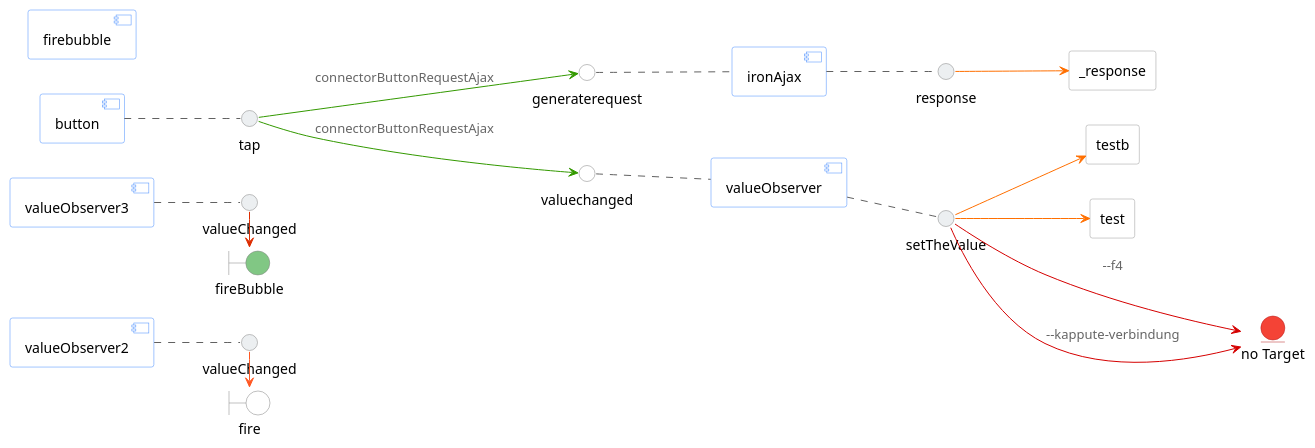
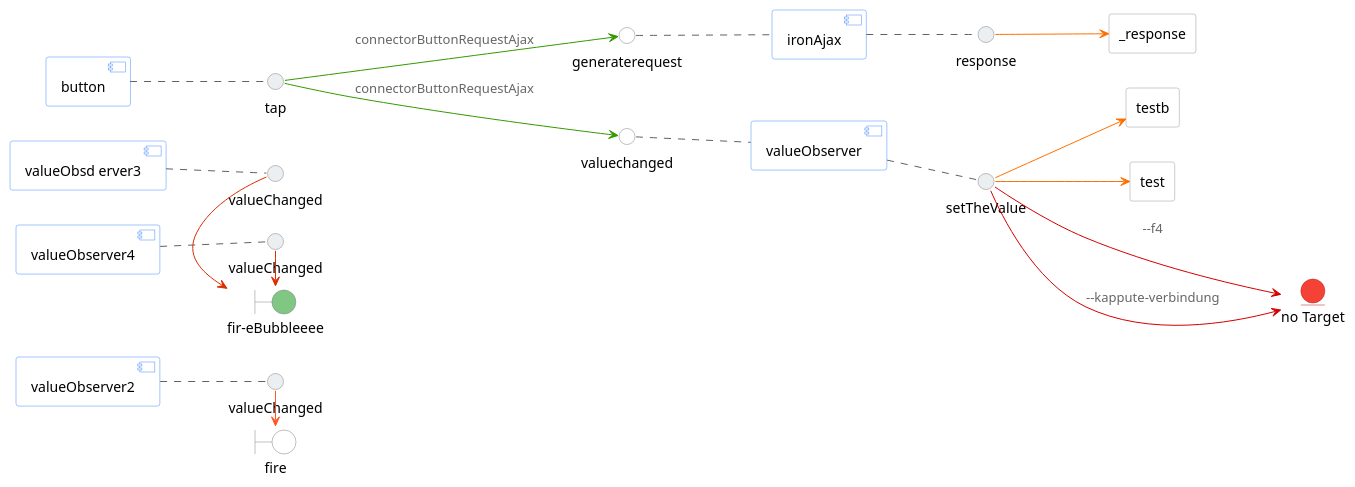
Before and after one commit to veith/flowbased-polymer: the diagram in ksd.puml, drawn with PlantUML. The commit also changed 2 other files, not shown here.

Commit message:
fire events and bubbling events with ^event and  ^^bubblingEvent

```diff
--- a/ksd.puml
+++ b/ksd.puml
@@ -1,64 +1,62 @@
 @startuml
 left to right direction
  skinparam interface {
 backgroundColor lightgrey
 borderColor grey
-shadow none
 }
 skinparam boundary {
 backgroundColor lightgrey
 borderColor grey
-shadow none
 }
 skinparam entity {
 backgroundColor #f44336
 borderColor #b71c1c
-shadow none
 }
-
 skinparam component {
 ArrowColor #339900
 ArrowFontColor #666666
 borderColor #448AFF
 }
 skinparam agent {
-ArrowFontColor #2323ff
+ArrowFontColor #666666
 borderColor #999999
 }
 agent _response as valueelement_response #white
 component ironAjax #white
 agent testb as valueelementtestb #white
 component valueObserver #white
 agent test as valueelementtest #white
 boundary fire as fireFire #white
 component valueObserver2 #white
-boundary fireBubble as firebubbleFirebubble #81C784
-component firebubble #white
-component valueObserver3 #white
+boundary "fir-eBubbleeee" as firebubbleFirebubbleeee #81C784
+component "valueObsd erver3" as valueObserver3 #white
+component valueObserver4 #white
 component button #white
 interface generaterequest as interfaceGeneraterequestironAjax  #white
 interfaceGeneraterequestironAjax .. ironAjax #616161
 interface valuechanged as interfaceValuechangedvalueObserver  #white
 interfaceValuechangedvalueObserver .. valueObserver #616161
 interface response as interfaceResponseironAjax #ECEFF1
 ironAjax .. interfaceResponseironAjax #616161
 interfaceResponseironAjax --> valueelement_response #FF6F00
 interface setTheValue as interfaceSetTheValuevalueObserver #ECEFF1
 valueObserver .. interfaceSetTheValuevalueObserver #616161
 interfaceSetTheValuevalueObserver --> valueelementtestb #FF6F00
 interfaceSetTheValuevalueObserver --> valueelementtest #FF6F00
 interface valueChanged as interfaceValueChangedvalueObserver2 #ECEFF1
 valueObserver2 .. interfaceValueChangedvalueObserver2 #616161
 interfaceValueChangedvalueObserver2 -> fireFire #FF5722
 interface valueChanged as interfaceValueChangedvalueObserver3 #ECEFF1
 valueObserver3 .. interfaceValueChangedvalueObserver3 #616161
-interfaceValueChangedvalueObserver3 -> firebubbleFirebubble #DD2C00
+interfaceValueChangedvalueObserver3 -> firebubbleFirebubbleeee #DD2C00
+interface valueChanged as interfaceValueChangedvalueObserver4 #ECEFF1
+valueObserver4 .. interfaceValueChangedvalueObserver4 #616161
+interfaceValueChangedvalueObserver4 -> firebubbleFirebubbleeee #DD2C00
 interface tap as interfaceTapbutton #ECEFF1
 button .. interfaceTapbutton #616161
 entity "no Target" as XXXXXnirvanaXXXXX
-
 interfaceSetTheValuevalueObserver --->  XXXXXnirvanaXXXXX  #d50000 :--f4
 interfaceSetTheValuevalueObserver --->  XXXXXnirvanaXXXXX  #d50000 :--kappute-verbindung
 interfaceTapbutton --> interfaceGeneraterequestironAjax :connectorButtonRequestAjax
 interfaceTapbutton --> interfaceValuechangedvalueObserver :connectorButtonRequestAjax
 @enduml
```
